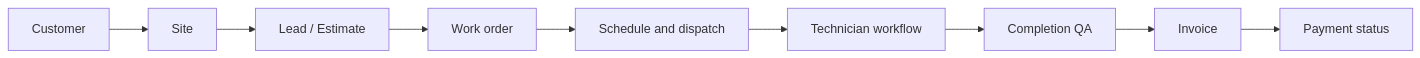
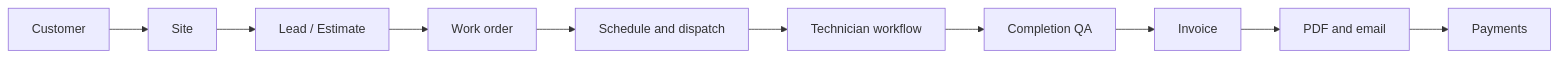
Before and after one commit to phanin/crewvia-docs: the diagram in docs/index.md, drawn with Mermaid. The commit also changed other lines of this file and 20 other files, not shown here.

````diff
--- a/docs/index.md
+++ b/docs/index.md
@@ -16,11 +21,12 @@
 ```mermaid
 flowchart LR
     C[Customer] --> S[Site]
     S --> E[Lead / Estimate]
     E --> W[Work order]
     W --> D[Schedule and dispatch]
     D --> T[Technician workflow]
     T --> Q[Completion QA]
     Q --> I[Invoice]
-    I --> P[Payment status]
+    I --> M[PDF and email]
+    M --> P[Payments]
 ```
````
